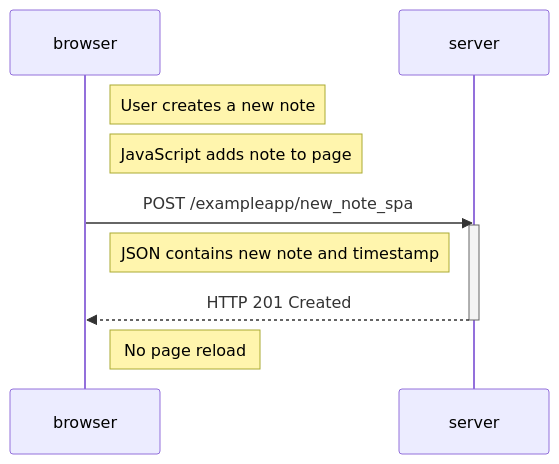
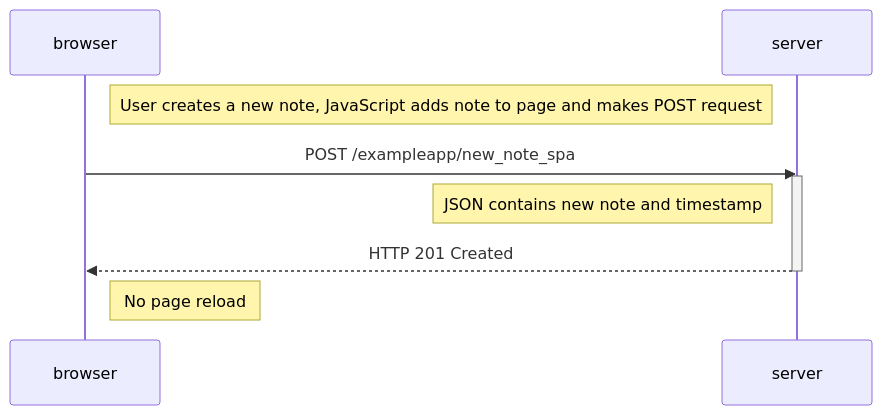
The diagram in osa0/0.6.md (Myltsi/fullstack_palautus), drawn with Mermaid before and after one commit.

Commit message:
Spa new note creation

````diff
--- a/osa0/0.6.md
+++ b/osa0/0.6.md
@@ -1,16 +1,15 @@
 ```mermaid
 sequenceDiagram
     participant browser
     participant server
 
-    Note right of browser: User creates a new note
-    Note right of browser: JavaScript adds note to page
+    Note right of browser: User creates a new note, JavaScript adds note to page and makes POST request
 
     browser->>server: POST /exampleapp/new_note_spa
     activate server
     Note left of server: JSON contains new note and timestamp
     server-->>browser: HTTP 201 Created
     deactivate server
 
     Note right of browser: No page reload
 ```
````
